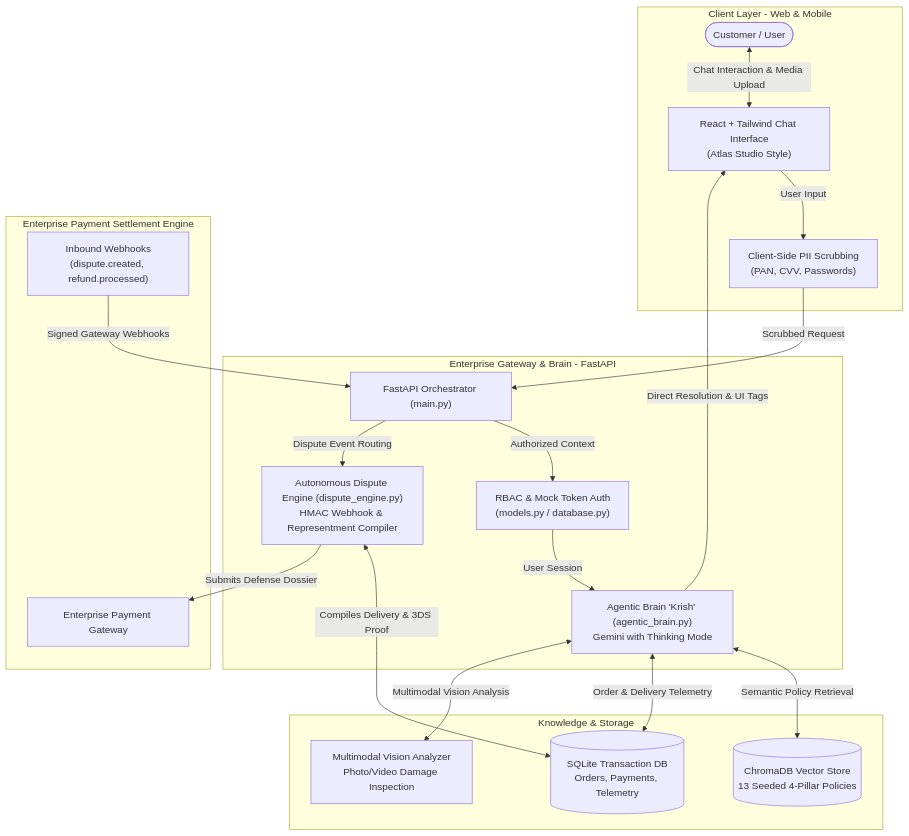
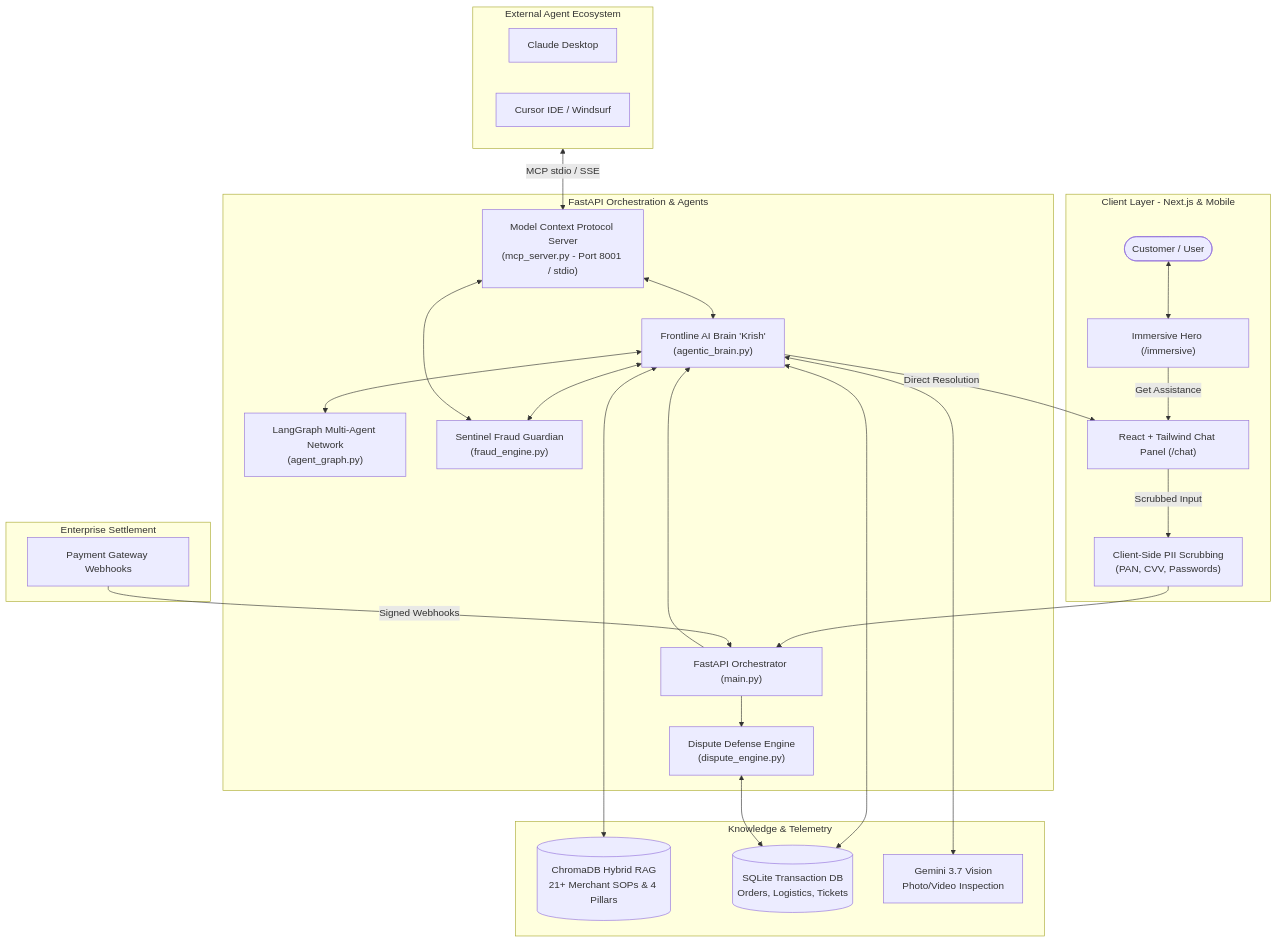
The diagram in README.md (sanjaykrishnabaishya/RazorSense), drawn with Mermaid before and after one commit. The commit also changed other lines of this file, not shown here.

Commit message:
docs: comprehensively update README with multi-agent network, MCP server, Gemini models, and RAG architecture

````diff
--- a/README.md
+++ b/README.md
@@ -102,42 +247,53 @@
 ```mermaid
 flowchart TD
-    subgraph Client ["Client Layer - Web & Mobile"]
+    subgraph Client ["Client Layer - Next.js & Mobile"]
         User(["Customer / User"])
-        Frontend["React + Tailwind Chat Interface<br/>(Atlas Studio Style)"]
+        Immersive["Immersive Hero (/immersive)"]
+        ChatUI["React + Tailwind Chat Panel (/chat)"]
         PII["Client-Side PII Scrubbing<br/>(PAN, CVV, Passwords)"]
     end
 
-    subgraph Core ["Enterprise Gateway & Brain - FastAPI"]
-        MainAPI["FastAPI Orchestrator (main.py)"]
-        Auth["RBAC & Mock Token Auth<br/>(models.py / database.py)"]
-        Krish["Agentic Brain 'Krish' (agentic_brain.py)<br/>Gemini with Thinking Mode"]
-        DisputeEngine["Autonomous Dispute Engine (dispute_engine.py)<br/>HMAC Webhook & Representment Compiler"]
+    subgraph External ["External Agent Ecosystem"]
+        ClaudeDesktop["Claude Desktop"]
+        Cursor["Cursor IDE / Windsurf"]
     end
 
-    subgraph Memory ["Knowledge & Storage"]
-        VectorDB[("ChromaDB Vector Store<br/>13 Seeded 4-Pillar Policies")]
-        OrderDB[("SQLite Transaction DB<br/>Orders, Payments, Telemetry")]
-        Vision["Multimodal Vision Analyzer<br/>Photo/Video Damage Inspection"]
+    subgraph Core ["FastAPI Orchestration & Agents"]
+        MainAPI["FastAPI Orchestrator (main.py)"]
+        MCPServer["Model Context Protocol Server<br/>(mcp_server.py - Port 8001 / stdio)"]
+        Krish["Frontline AI Brain 'Krish'<br/>(agentic_brain.py)"]
+        LangGraph["LangGraph Multi-Agent Network<br/>(agent_graph.py)"]
+        Sentinel["Sentinel Fraud Guardian<br/>(fraud_engine.py)"]
+        DisputeEngine["Dispute Defense Engine<br/>(dispute_engine.py)"]
     end
 
-    subgraph Gateway ["Enterprise Payment Settlement Engine"]
-        ExtGW["Enterprise Payment Gateway"]
-        Webhooks["Inbound Webhooks<br/>(dispute.created, refund.processed)"]
+    subgraph Memory ["Knowledge & Telemetry"]
+        VectorDB[("ChromaDB Hybrid RAG<br/>21+ Merchant SOPs & 4 Pillars")]
+        OrderDB[("SQLite Transaction DB<br/>Orders, Logistics, Tickets")]
+        Vision["Gemini 3.7 Vision<br/>Photo/Video Inspection"]
     end
 
-    User <-->|"Chat Interaction & Media Upload"| Frontend
-    Frontend -->|"User Input"| PII
-    PII -->|"Scrubbed Request"| MainAPI
-    MainAPI -->|"Authorized Context"| Auth
-    Auth -->|"User Session"| Krish
+    subgraph Gateway ["Enterprise Settlement"]
+        ExtGW["Payment Gateway Webhooks"]
+    end
 
-    Krish <-->|"Semantic Policy Retrieval"| VectorDB
-    Krish <-->|"Order & Delivery Telemetry"| OrderDB
-    Krish <-->|"Multimodal Vision Analysis"| Vision
-    Krish -->|"Direct Resolution & UI Tags"| Frontend
+    User <--> Immersive
+    Immersive -->|"Get Assistance"| ChatUI
+    ChatUI -->|"Scrubbed Input"| PII
+    PII --> MainAPI
+    MainAPI --> Krish
+    Krish <--> LangGraph
+    Krish <--> Sentinel
+    Krish <--> VectorDB
+    Krish <--> OrderDB
+    Krish <--> Vision
+    Krish -->|"Direct Resolution"| ChatUI
 
-    Webhooks -->|"Signed Gateway Webhooks"| MainAPI
-    MainAPI -->|"Dispute Event Routing"| DisputeEngine
-    DisputeEngine <-->|"Compiles Delivery & 3DS Proof"| OrderDB
-    DisputeEngine -->|"Submits Defense Dossier"| ExtGW
+    External <-->|"MCP stdio / SSE"| MCPServer
+    MCPServer <--> Krish
+    MCPServer <--> Sentinel
+
+    ExtGW -->|"Signed Webhooks"| MainAPI
+    MainAPI --> DisputeEngine
+    DisputeEngine <--> OrderDB
 ```
````
